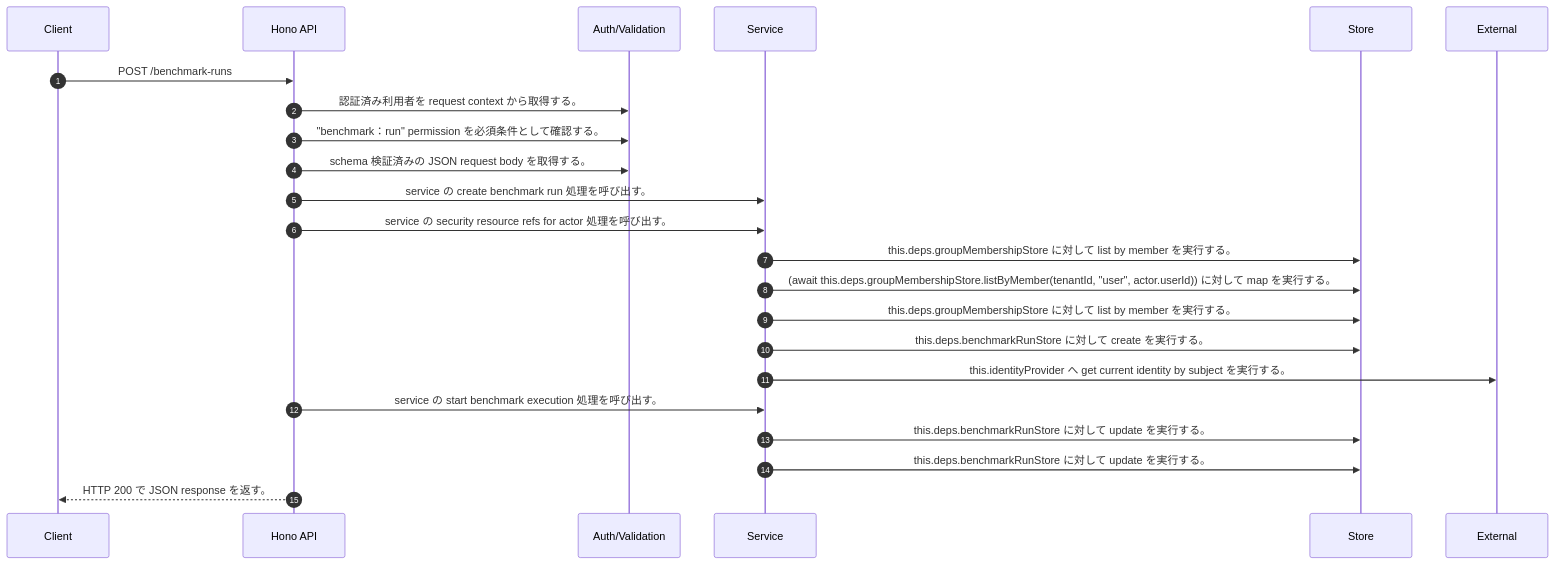
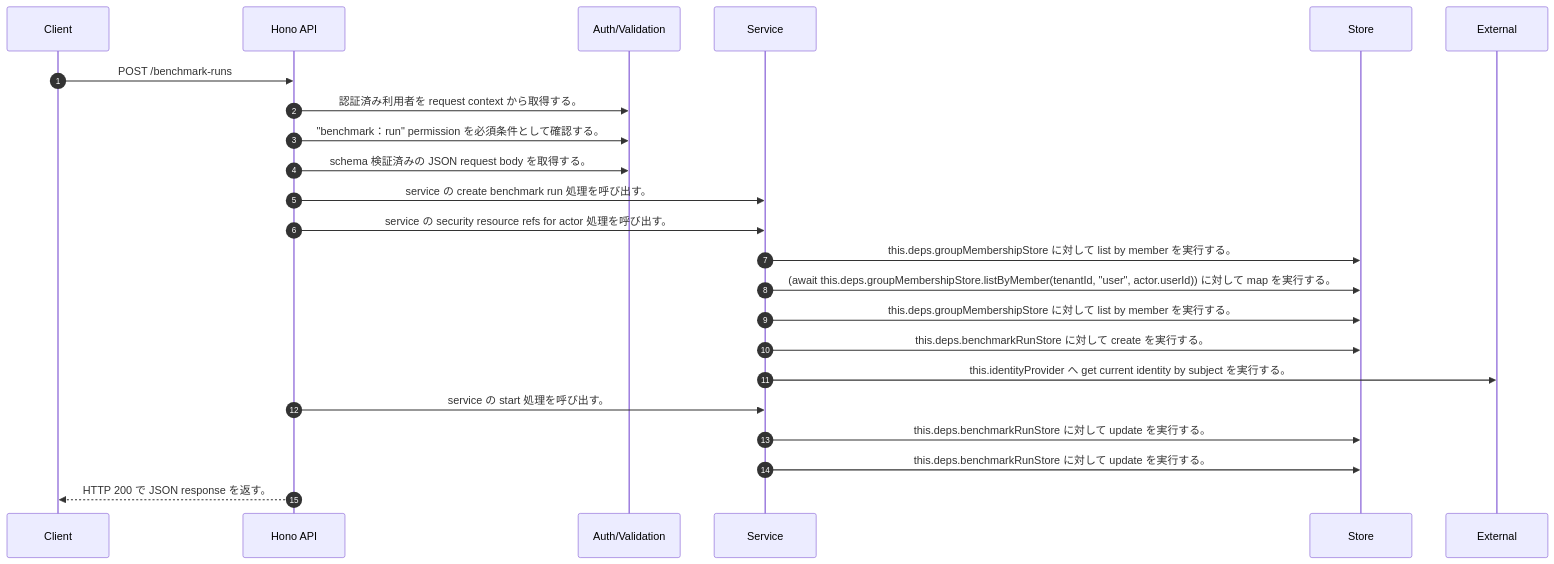
Before and after one commit to tsuji-tomonori/rag-assist: the diagram in docs/generated/api-code/post-benchmark-runs/sequence_gen.md, drawn with Mermaid. The commit also changed other lines of this file and 296 other files, not shown here.

First line of the commit message:
♻️ refactor(benchmark): execution start を narrow port へ分離

````diff
--- a/docs/generated/api-code/post-benchmark-runs/sequence_gen.md
+++ b/docs/generated/api-code/post-benchmark-runs/sequence_gen.md
@@ -7,25 +7,25 @@
 ```mermaid
 sequenceDiagram
   autonumber
   participant Client as Client
   participant API as Hono API
   participant Auth as Auth/Validation
   participant Service as Service
   participant Store as Store
   participant External as External
   Client->>API: POST /benchmark-runs
   API->>Auth: 認証済み利用者を request context から取得する。
   API->>Auth: "benchmark：run" permission を必須条件として確認する。
   API->>Auth: schema 検証済みの JSON request body を取得する。
   API->>Service: service の create benchmark run 処理を呼び出す。
   API->>Service: service の security resource refs for actor 処理を呼び出す。
   Service->>Store: this.deps.groupMembershipStore に対して list by member を実行する。
   Service->>Store: (await this.deps.groupMembershipStore.listByMember(tenantId, "user", actor.userId))        に対して map を実行する。
   Service->>Store: this.deps.groupMembershipStore に対して list by member を実行する。
   Service->>Store: this.deps.benchmarkRunStore に対して create を実行する。
   Service->>External: this.identityProvider へ get current identity by subject を実行する。
-  API->>Service: service の start benchmark execution 処理を呼び出す。
+  API->>Service: service の start 処理を呼び出す。
   Service->>Store: this.deps.benchmarkRunStore に対して update を実行する。
   Service->>Store: this.deps.benchmarkRunStore に対して update を実行する。
   API-->>Client: HTTP 200 で JSON response を返す。
 ```
````
